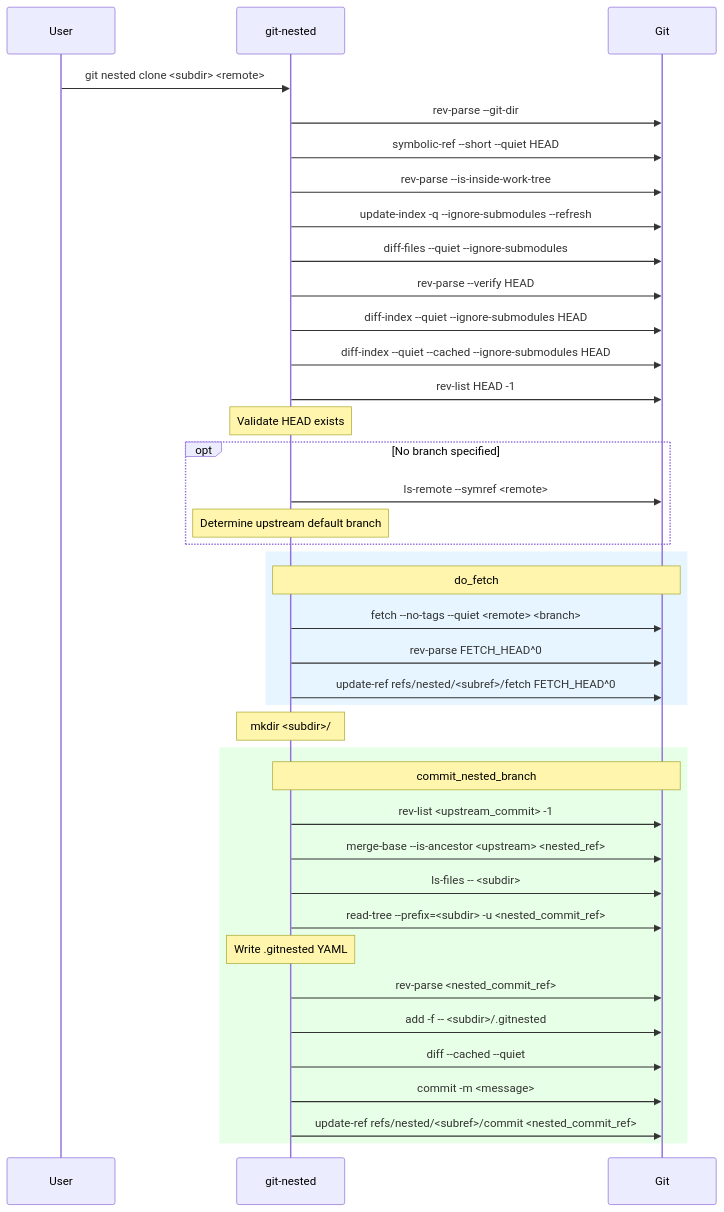
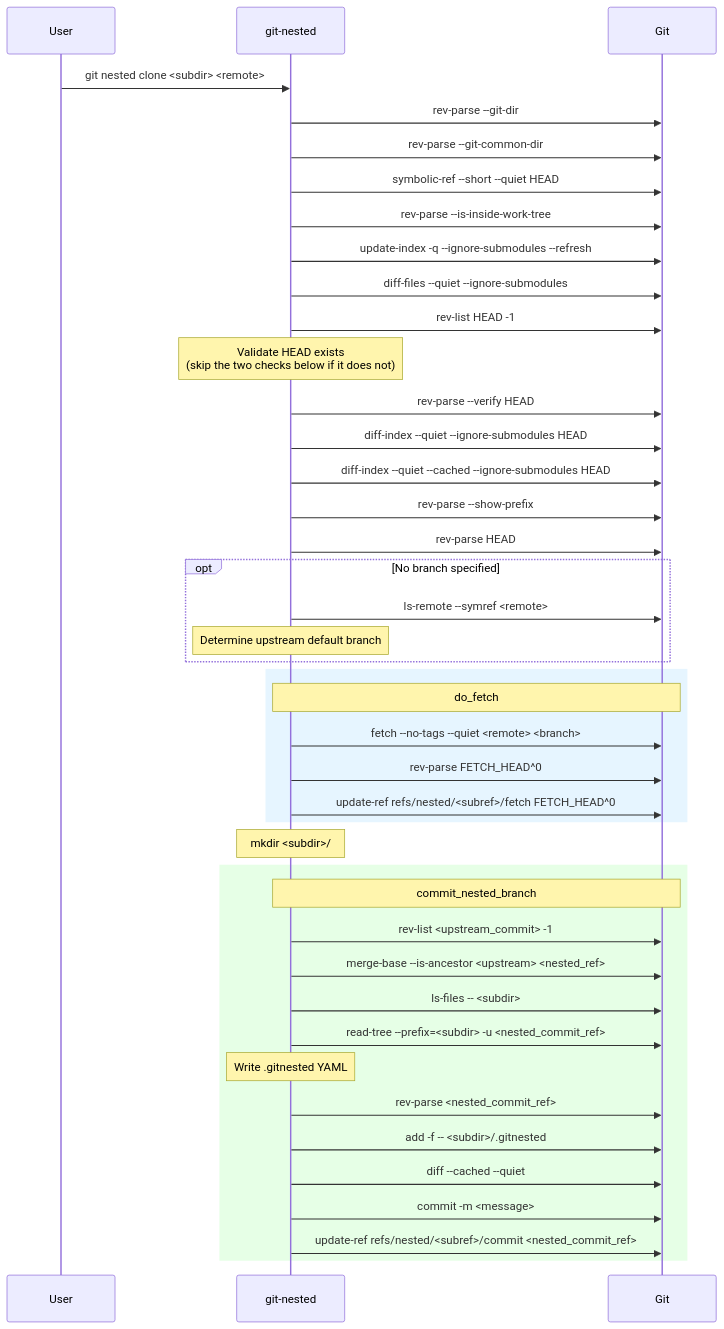
One commit to thorsten-klein/git-nested changed the first of 12 diagrams in docs/diagrams.md. Above: the diagram before and after it, drawn with Mermaid. The commit also changed other lines of this file and 12 other files, not shown here.

````diff
--- a/docs/diagrams.md
+++ b/docs/diagrams.md
@@ -9,46 +9,49 @@
 ```mermaid
 sequenceDiagram
     participant User
     participant git-nested
     participant Git
 
     User->>git-nested: git nested clone <subdir> <remote>
     git-nested->>Git: rev-parse --git-dir
+    git-nested->>Git: rev-parse --git-common-dir
     git-nested->>Git: symbolic-ref --short --quiet HEAD
     git-nested->>Git: rev-parse --is-inside-work-tree
     git-nested->>Git: update-index -q --ignore-submodules --refresh
     git-nested->>Git: diff-files --quiet --ignore-submodules
+    git-nested->>Git: rev-list HEAD -1
+    Note over git-nested: Validate HEAD exists<br/>(skip the two checks below if it does not)
     git-nested->>Git: rev-parse --verify HEAD
     git-nested->>Git: diff-index --quiet --ignore-submodules HEAD
     git-nested->>Git: diff-index --quiet --cached --ignore-submodules HEAD
-    git-nested->>Git: rev-list HEAD -1
-    Note over git-nested: Validate HEAD exists
+    git-nested->>Git: rev-parse --show-prefix
+    git-nested->>Git: rev-parse HEAD
 
     opt No branch specified
         git-nested->>Git: ls-remote --symref <remote>
         Note over git-nested: Determine upstream default branch
     end
 
     rect rgb(230, 245, 255)
         Note over git-nested,Git: do_fetch
         git-nested->>Git: fetch --no-tags --quiet <remote> <branch>
         git-nested->>Git: rev-parse FETCH_HEAD^0
         git-nested->>Git: update-ref refs/nested/<subref>/fetch FETCH_HEAD^0
     end
 
     Note over git-nested: mkdir <subdir>/
 
     rect rgb(230, 255, 230)
         Note over git-nested,Git: commit_nested_branch
         git-nested->>Git: rev-list <upstream_commit> -1
         git-nested->>Git: merge-base --is-ancestor <upstream> <nested_ref>
         git-nested->>Git: ls-files -- <subdir>
         git-nested->>Git: read-tree --prefix=<subdir> -u <nested_commit_ref>
         Note over git-nested: Write .gitnested YAML
         git-nested->>Git: rev-parse <nested_commit_ref>
         git-nested->>Git: add -f -- <subdir>/.gitnested
         git-nested->>Git: diff --cached --quiet
         git-nested->>Git: commit -m <message>
         git-nested->>Git: update-ref refs/nested/<subref>/commit <nested_commit_ref>
     end
 ```
````
